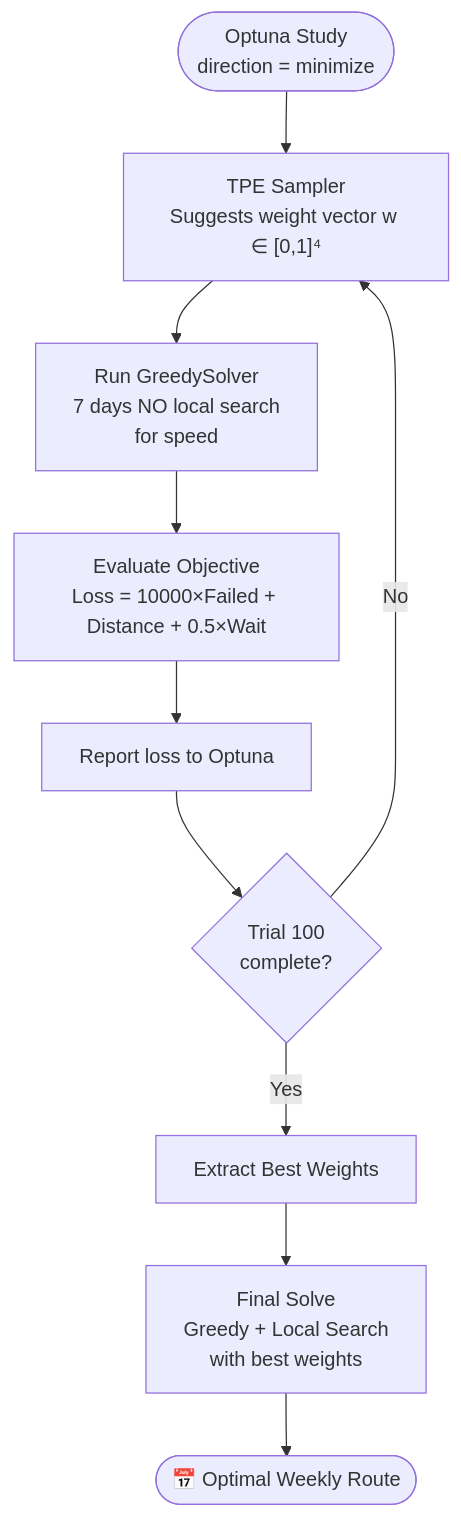
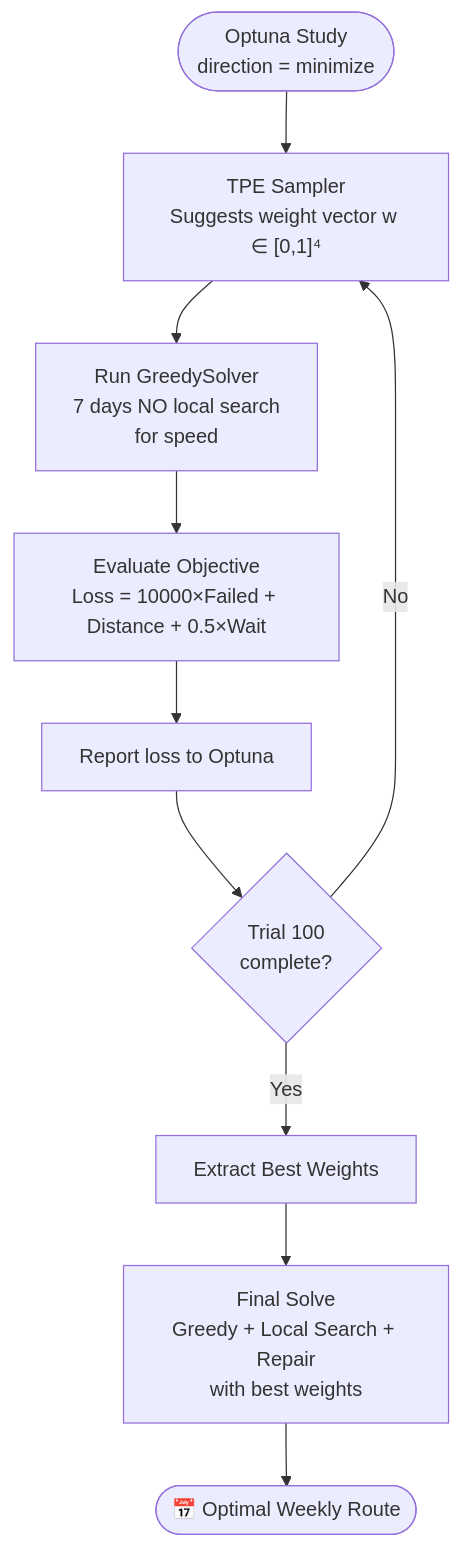
The sixth of 7 diagrams in Overview/algorithm_flow.md (tranthihaivan-hava/Smart-traffic), drawn with Mermaid before and after one commit. The commit also changed other lines of this file and 33 other files, not shown here.

````diff
--- a/Overview/algorithm_flow.md
+++ b/Overview/algorithm_flow.md
@@ -147,12 +156,12 @@
 ```mermaid
 flowchart TD
     A([Optuna Study\ndirection = minimize]) --> B["TPE Sampler\nSuggests weight vector w ∈ [0,1]⁴"]
     B --> C[Run GreedySolver\n7 days NO local search\nfor speed]
     C --> D["Evaluate Objective\nLoss = 10000×Failed + Distance + 0.5×Wait"]
     D --> E[Report loss to Optuna]
     E --> F{Trial 100\ncomplete?}
     F -- No --> B
     F -- Yes --> G[Extract Best Weights]
-    G --> H[Final Solve\nGreedy + Local Search\nwith best weights]
+    G --> H[Final Solve\nGreedy + Local Search + Repair\nwith best weights]
     H --> I([📅 Optimal Weekly Route])
 ```
````
